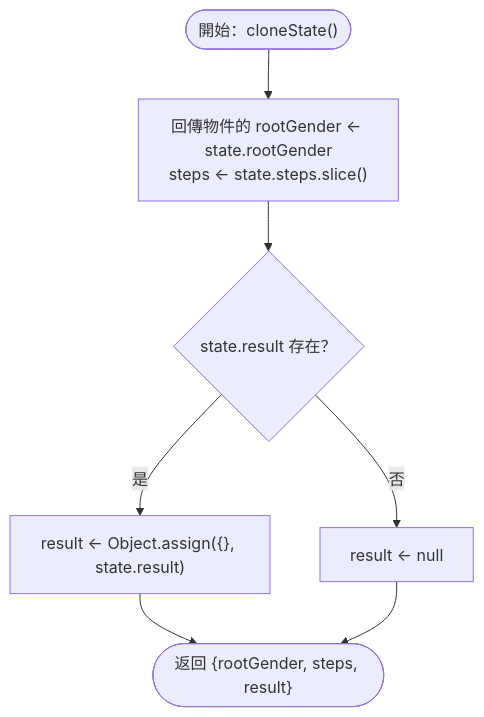
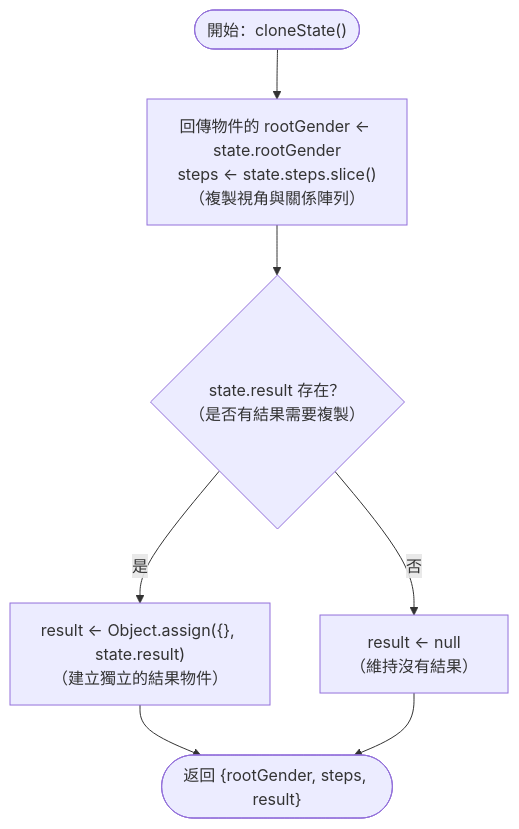
One commit to Chuen666666/hw3 changed diagram 12 of 29 in README.md. Above: the diagram before and after it, drawn with Mermaid. The commit also changed other lines of this file and 1 other file, not shown here.

Commit message:
補充流程圖程式碼中文說明

````diff
--- a/README.md
+++ b/README.md
@@ -147,9 +147,9 @@
 ```mermaid
 flowchart TD
-    START(["開始：cloneState()"]) --> COPY["回傳物件的 rootGender ← state.rootGender<br/>steps ← state.steps.slice()"]
-    COPY --> HAS_RESULT{"state.result 存在？"}
-    HAS_RESULT -- "是" --> COPY_RESULT["result ← Object.assign({}, state.result)"]
-    HAS_RESULT -- "否" --> NULL_RESULT["result ← null"]
+    START(["開始：cloneState()"]) --> COPY["回傳物件的 rootGender ← state.rootGender<br/>steps ← state.steps.slice()<br/>（複製視角與關係陣列）"]
+    COPY --> HAS_RESULT{"state.result 存在？<br/>（是否有結果需要複製）"}
+    HAS_RESULT -- "是" --> COPY_RESULT["result ← Object.assign({}, state.result)<br/>（建立獨立的結果物件）"]
+    HAS_RESULT -- "否" --> NULL_RESULT["result ← null<br/>（維持沒有結果）"]
     COPY_RESULT --> RETURN(["返回 {rootGender, steps, result}"])
     NULL_RESULT --> RETURN
 ```
````
